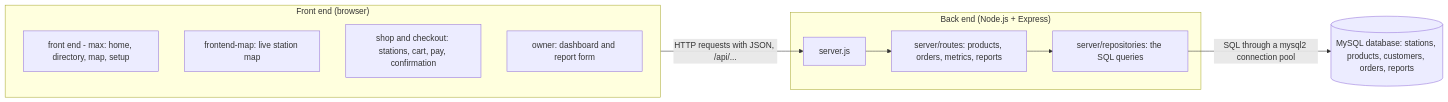
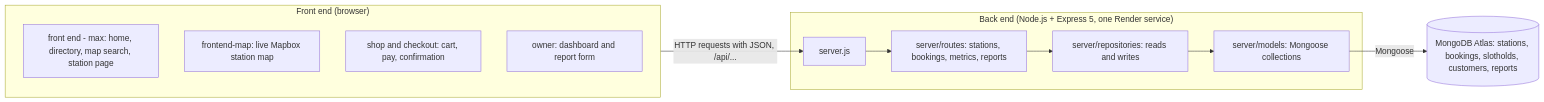
Before and after one commit to maverickagbayani/Ecomm-final-proj: the first of 2 diagrams in Docs/system-diagram.md, drawn with Mermaid. The commit also changed other lines of this file and 3 other files, not shown here.

````diff
--- a/Docs/system-diagram.md
+++ b/Docs/system-diagram.md
@@ -5,22 +5,24 @@
 ```mermaid
 flowchart LR
     subgraph FE["Front end (browser)"]
-        A1["front end - max: home, directory, map, setup"]
-        A2["frontend-map: live station map"]
-        A3["shop and checkout: stations, cart, pay, confirmation"]
+        A1["front end - max: home, directory, map search, station page"]
+        A2["frontend-map: live Mapbox station map"]
+        A3["shop and checkout: cart, pay, confirmation"]
         A4["owner: dashboard and report form"]
     end
 
-    subgraph BE["Back end (Node.js + Express)"]
+    subgraph BE["Back end (Node.js + Express 5, one Render service)"]
         B1["server.js"]
-        B2["server/routes: products, orders, metrics, reports"]
-        B3["server/repositories: the SQL queries"]
+        B2["server/routes: stations, bookings, metrics, reports"]
+        B3["server/repositories: reads and writes"]
+        B4["server/models: Mongoose collections"]
     end
 
-    DB[("MySQL database: stations, products, customers, orders, reports")]
+    DB[("MongoDB Atlas: stations, bookings, slotholds, customers, reports")]
 
     FE -->|"HTTP requests with JSON, /api/..."| B1
     B1 --> B2
     B2 --> B3
-    B3 -->|"SQL through a mysql2 connection pool"| DB
+    B3 --> B4
+    B4 -->|"Mongoose"| DB
 ```
````
